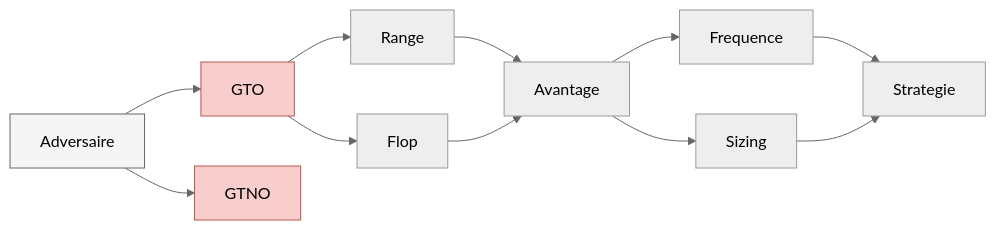
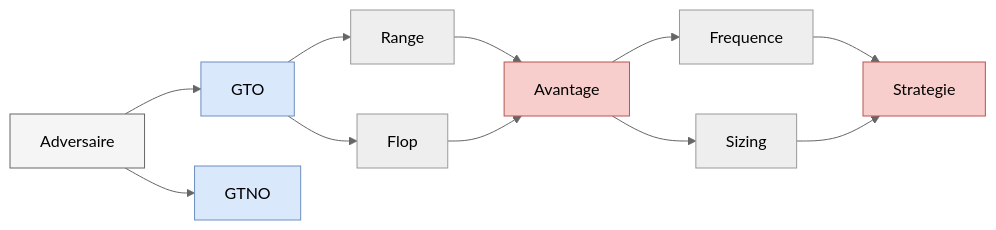
One commit to greglejeune/blog changed the first of 2 diagrams in _posts/2020-01-01-test.md. Above: the diagram before and after it, drawn with Mermaid (neutral theme).

```diff
--- a/_posts/2020-01-01-test.md
+++ b/_posts/2020-01-01-test.md
@@ -16,16 +16,18 @@
     <div class="mermaid">
         graph LR
             Adversaire --> GTO
             Adversaire --> GTNO
             GTO --> Range
             GTO --> Flop
             Range --> Avantage
             Flop --> Avantage
             Avantage --> Frequence
             Avantage --> Sizing
             Frequence --> Strategie
             Sizing --> Strategie
-            style Adversaire fill:#f5f5f5,stroke:#666666,stroke-width:1px,font:red
-            style GTO fill:#f8cecc,stroke:#b85450,stroke-width:1px
-            style GTNO fill:#f8cecc,stroke:#b85450,stroke-width:1px
+            style Adversaire fill:#f5f5f5,stroke:#666666,stroke-width:1px,font:#dae8fc
+            style GTO fill:#dae8fc,stroke:#6c8ebf,stroke-width:1px
+            style GTNO fill:#dae8fc,stroke:#6c8ebf,stroke-width:1px
+            style Avantage fill:#f8cecc,stroke:#b85450,stroke-width:1px
+            style Strategie fill:#f8cecc,stroke:#b85450,stroke-width:1px
     </div>
```
